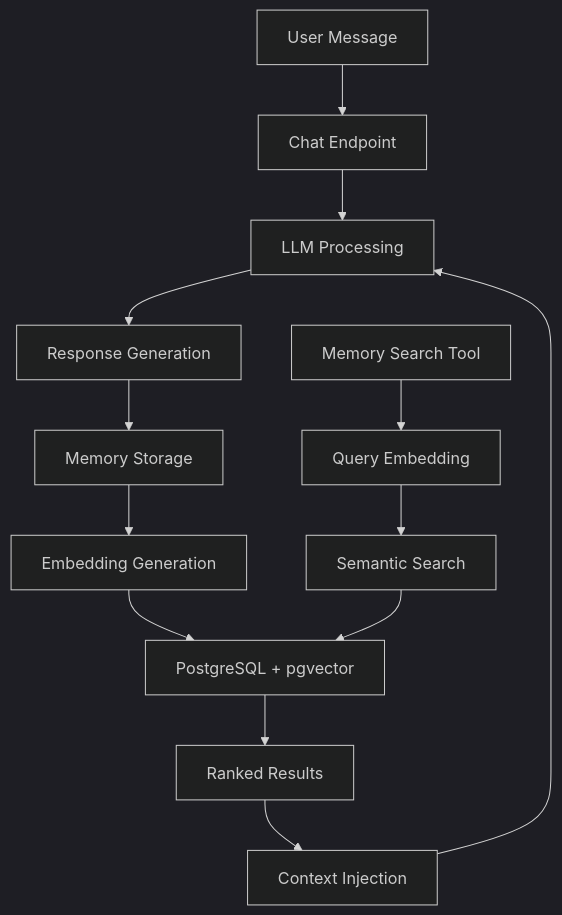
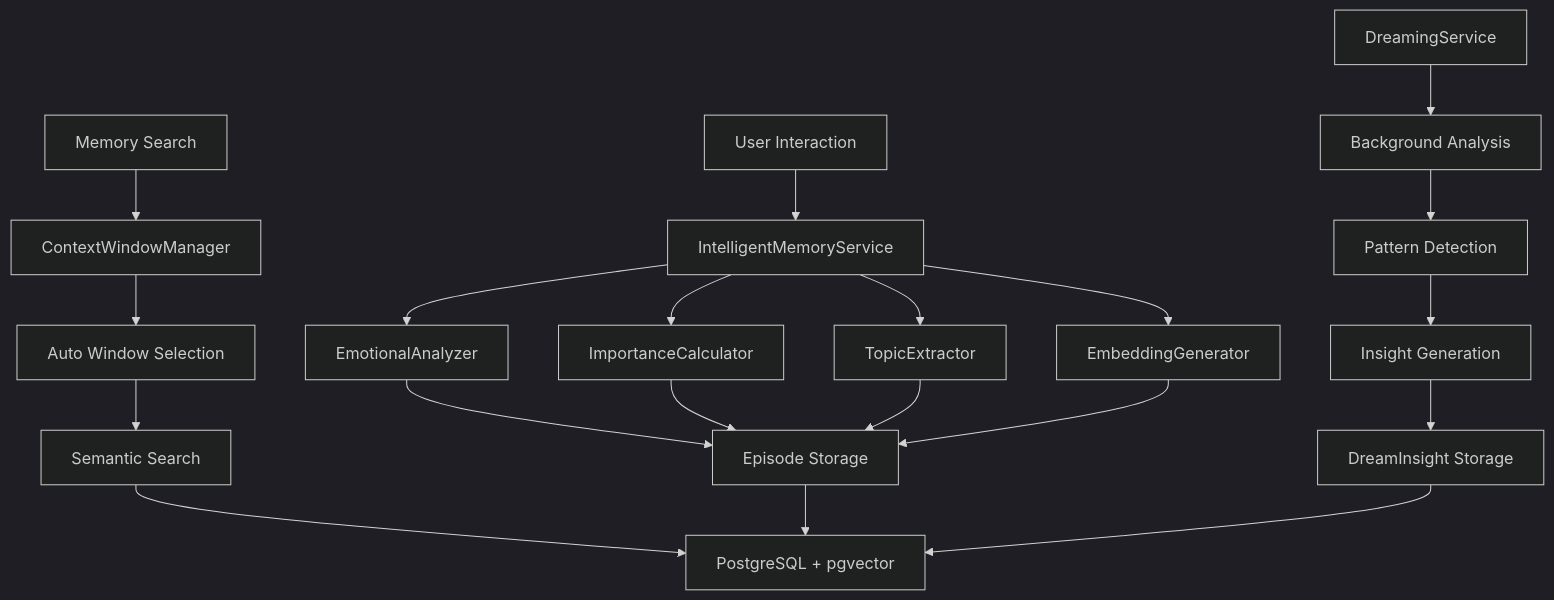
Before and after one commit to Davery92/Sara-jarvis: the diagram in MEMORY_SYSTEM.md, drawn with Mermaid (dark theme). The commit also changed other lines of this file and 148 other files, not shown here.

````diff
--- a/MEMORY_SYSTEM.md
+++ b/MEMORY_SYSTEM.md
@@ -11,16 +21,26 @@
 ```mermaid
 graph TB
-    A[User Message] --> B[Chat Endpoint]
-    B --> C[LLM Processing]
-    C --> D[Response Generation]
-    D --> E[Memory Storage]
-    E --> F[Embedding Generation]
-    F --> G[PostgreSQL + pgvector]
+    A[User Interaction] --> B[IntelligentMemoryService]
+    B --> C[EmotionalAnalyzer]
+    B --> D[ImportanceCalculator]
+    B --> E[TopicExtractor]
+    B --> F[EmbeddingGenerator]
     
-    H[Memory Search Tool] --> I[Query Embedding]
-    I --> J[Semantic Search]
-    J --> G
-    G --> K[Ranked Results]
-    K --> L[Context Injection]
-    L --> C
+    C --> G[Episode Storage]
+    D --> G
+    E --> G
+    F --> G
+    
+    H[Memory Search] --> I[ContextWindowManager]
+    I --> J[Auto Window Selection]
+    J --> K[Semantic Search]
+    K --> L[PostgreSQL + pgvector]
+    
+    M[DreamingService] --> N[Background Analysis]
+    N --> O[Pattern Detection]
+    O --> P[Insight Generation]
+    P --> Q[DreamInsight Storage]
+    
+    G --> L
+    Q --> L
 ```
````
